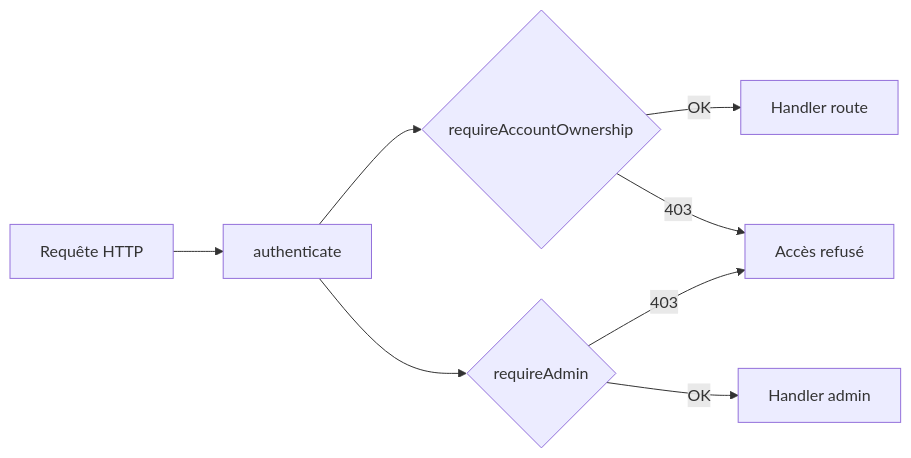
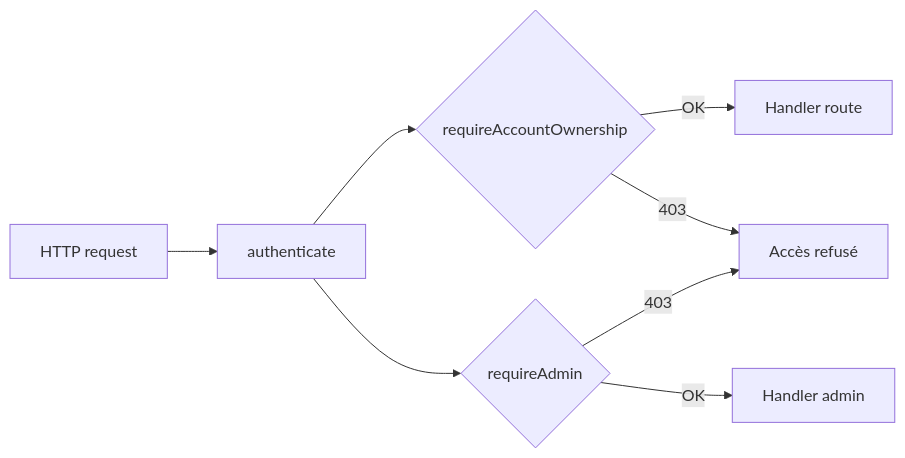
Before and after one commit to Le-Nid/nid: the diagram in docs/en/technical/security.md, drawn with Mermaid. The commit also changed other lines of this file and 13 other files, not shown here.

First line of the commit message:
docs(technical): align architecture pages with the current code

````diff
--- a/docs/en/technical/security.md
+++ b/docs/en/technical/security.md
@@ -53,11 +61,11 @@
 ```mermaid
 graph LR
-    REQ[Requête HTTP] --> AUTH[authenticate]
+    REQ[HTTP request] --> AUTH[authenticate]
     AUTH --> OWN{requireAccountOwnership}
     OWN -->|OK| HANDLER[Handler route]
     OWN -->|403| REJECT[Accès refusé]
     
     AUTH --> ADM{requireAdmin}
     ADM -->|OK| ADMIN_HANDLER[Handler admin]
     ADM -->|403| REJECT
 ```
````
